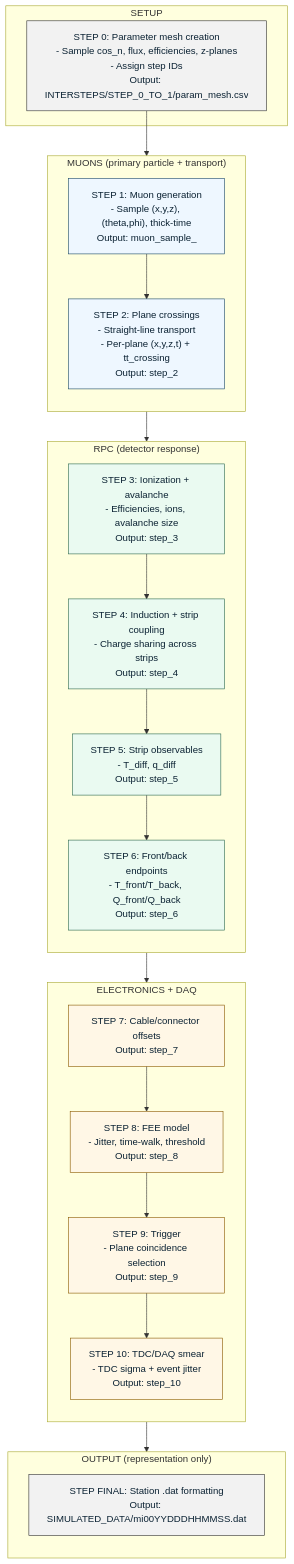
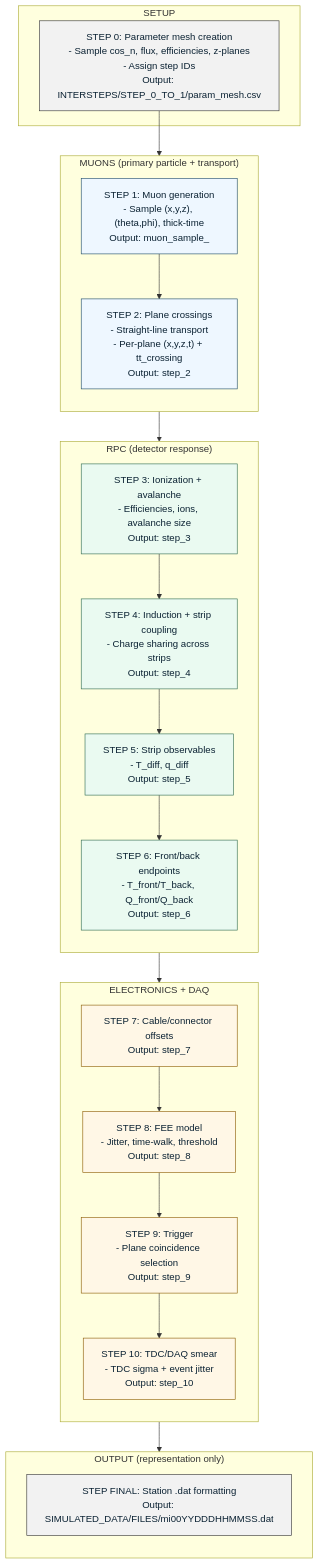
One commit to csoneira/DATAFLOW_v3 changed the diagram in MINGO_DIGITAL_TWIN/README.md. Above: the diagram before and after it, drawn with Mermaid. The commit also changed other lines of this file and 68 other files, not shown here.

````diff
--- a/MINGO_DIGITAL_TWIN/README.md
+++ b/MINGO_DIGITAL_TWIN/README.md
@@ -32,42 +32,42 @@
 ```mermaid
 flowchart TB
 
 subgraph SETUP["SETUP"]
   S0["STEP 0: Parameter mesh creation\n- Sample cos_n, flux, efficiencies, z-planes\n- Assign step IDs\nOutput: INTERSTEPS/STEP_0_TO_1/param_mesh.csv"]:::setup
 end
 
 subgraph MU["MUONS (primary particle + transport)"]
   direction TB
   S1["STEP 1: Muon generation\n- Sample (x,y,z), (theta,phi), thick-time\nOutput: muon_sample_<N>"]:::mu
   S2["STEP 2: Plane crossings\n- Straight-line transport\n- Per-plane (x,y,z,t) + tt_crossing\nOutput: step_2"]:::mu
 end
 
 subgraph RPC["RPC (detector response)"]
   direction TB
   S3["STEP 3: Ionization + avalanche\n- Efficiencies, ions, avalanche size\nOutput: step_3"]:::rpc
   S4["STEP 4: Induction + strip coupling\n- Charge sharing across strips\nOutput: step_4"]:::rpc
   S5["STEP 5: Strip observables\n- T_diff, q_diff\nOutput: step_5"]:::rpc
   S6["STEP 6: Front/back endpoints\n- T_front/T_back, Q_front/Q_back\nOutput: step_6"]:::rpc
 end
 
 subgraph ELEC["ELECTRONICS + DAQ"]
   direction TB
   S7["STEP 7: Cable/connector offsets\nOutput: step_7"]:::elec
   S8["STEP 8: FEE model\n- Jitter, time-walk, threshold\nOutput: step_8"]:::elec
   S9["STEP 9: Trigger\n- Plane coincidence selection\nOutput: step_9"]:::elec
   S10["STEP 10: TDC/DAQ smear\n- TDC sigma + event jitter\nOutput: step_10"]:::elec
 end
 
 subgraph OUT["OUTPUT (representation only)"]
   direction TB
-  SF["STEP FINAL: Station .dat formatting\nOutput: SIMULATED_DATA/mi00YYDDDHHMMSS.dat"]:::fmt
+  SF["STEP FINAL: Station .dat formatting\nOutput: SIMULATED_DATA/FILES/mi00YYDDDHHMMSS.dat"]:::fmt
 end
 
 S0 --> S1 --> S2 --> S3 --> S4 --> S5 --> S6 --> S7 --> S8 --> S9 --> S10 --> SF
 
 classDef setup fill:#f2f2f2,stroke:#333333,stroke-width:1px,color:#0b2233;
 classDef mu fill:#eef7ff,stroke:#1b4965,stroke-width:1px,color:#0b2233;
 classDef rpc fill:#eafaf1,stroke:#2d6a4f,stroke-width:1px,color:#0b2233;
 classDef elec fill:#fff7e6,stroke:#8a5a00,stroke-width:1px,color:#0b2233;
 classDef fmt fill:#f2f2f2,stroke:#333333,stroke-width:1px,color:#0b2233;
 ```
````
